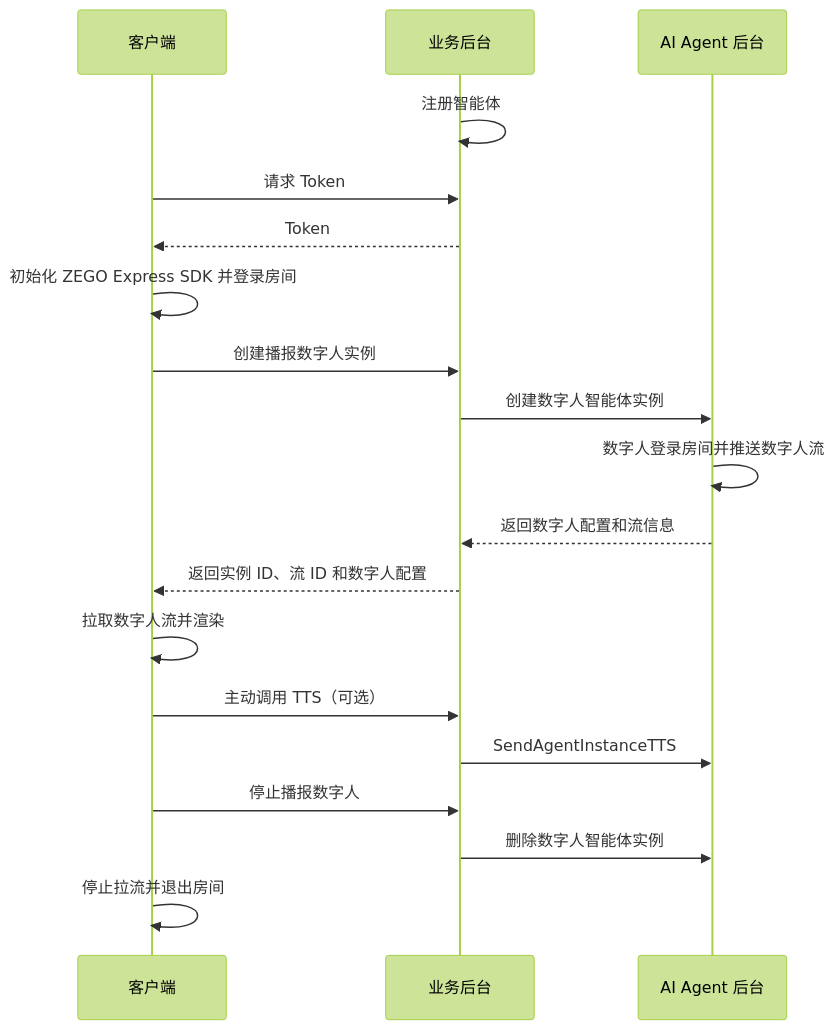
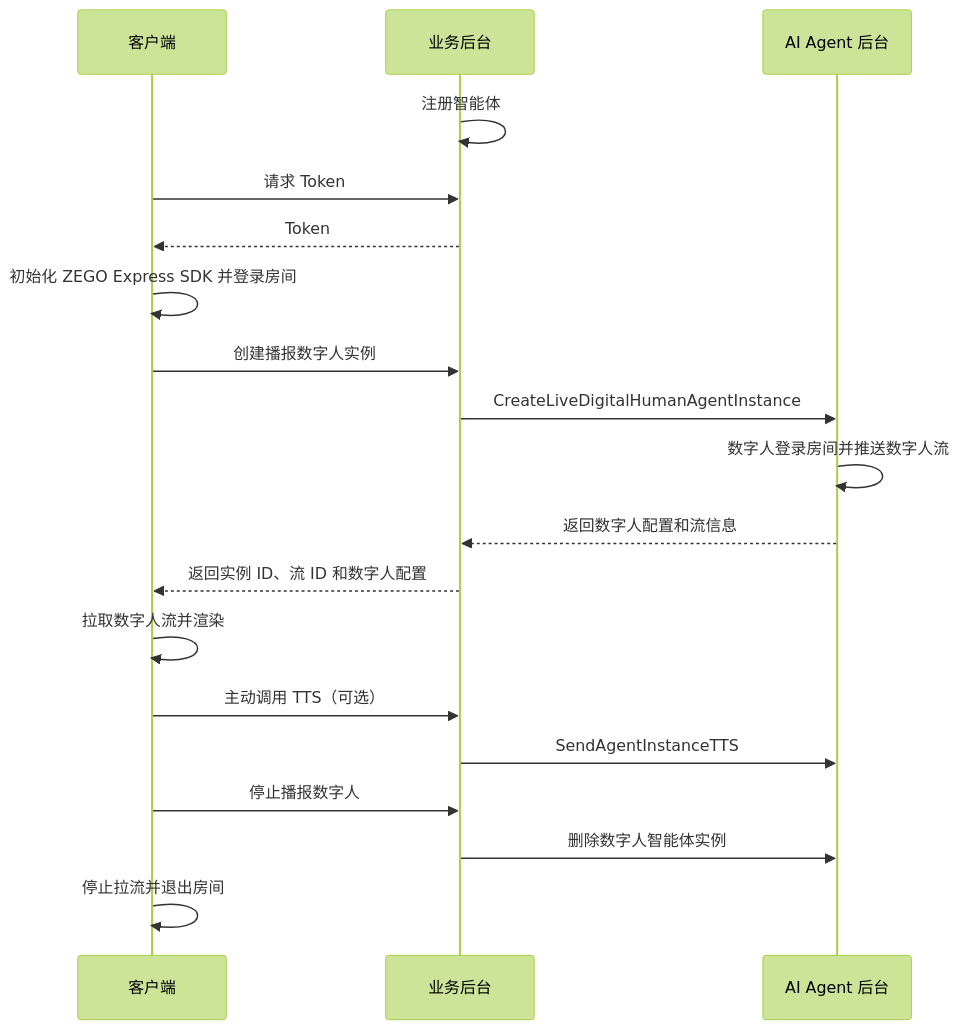
The third of 3 diagrams in core_products/aiagent/zh/server/quick-start.mdx (ZEGOCLOUD/docs_all), drawn with Mermaid (forest theme) before and after one commit. The commit also changed other lines of this file and 1 other file, not shown here.

Commit message:
feat: 更新数字人播报文档，添加流程图和示例代码

````diff
--- a/core_products/aiagent/zh/server/quick-start.mdx
+++ b/core_products/aiagent/zh/server/quick-start.mdx
@@ -182,22 +182,22 @@
 ```mermaid
 sequenceDiagram
     participant 客户端
     participant 业务后台
     participant AI Agent 后台
 
     业务后台->>业务后台: 注册智能体
     客户端->>业务后台: 请求 Token
     业务后台-->>客户端: Token
     客户端->>客户端: 初始化 ZEGO Express SDK 并登录房间
     客户端->>业务后台: 创建播报数字人实例
-    业务后台->>AI Agent 后台: 创建数字人智能体实例
+    业务后台->>AI Agent 后台: CreateLiveDigitalHumanAgentInstance
     AI Agent 后台->>AI Agent 后台: 数字人登录房间并推送数字人流
     AI Agent 后台-->>业务后台: 返回数字人配置和流信息
     业务后台-->>客户端: 返回实例 ID、流 ID 和数字人配置
     客户端->>客户端: 拉取数字人流并渲染
     客户端->>业务后台: 主动调用 TTS（可选）
     业务后台->>AI Agent 后台: SendAgentInstanceTTS
     客户端->>业务后台: 停止播报数字人
     业务后台->>AI Agent 后台: 删除数字人智能体实例
     客户端->>客户端: 停止拉流并退出房间
 ```
````
